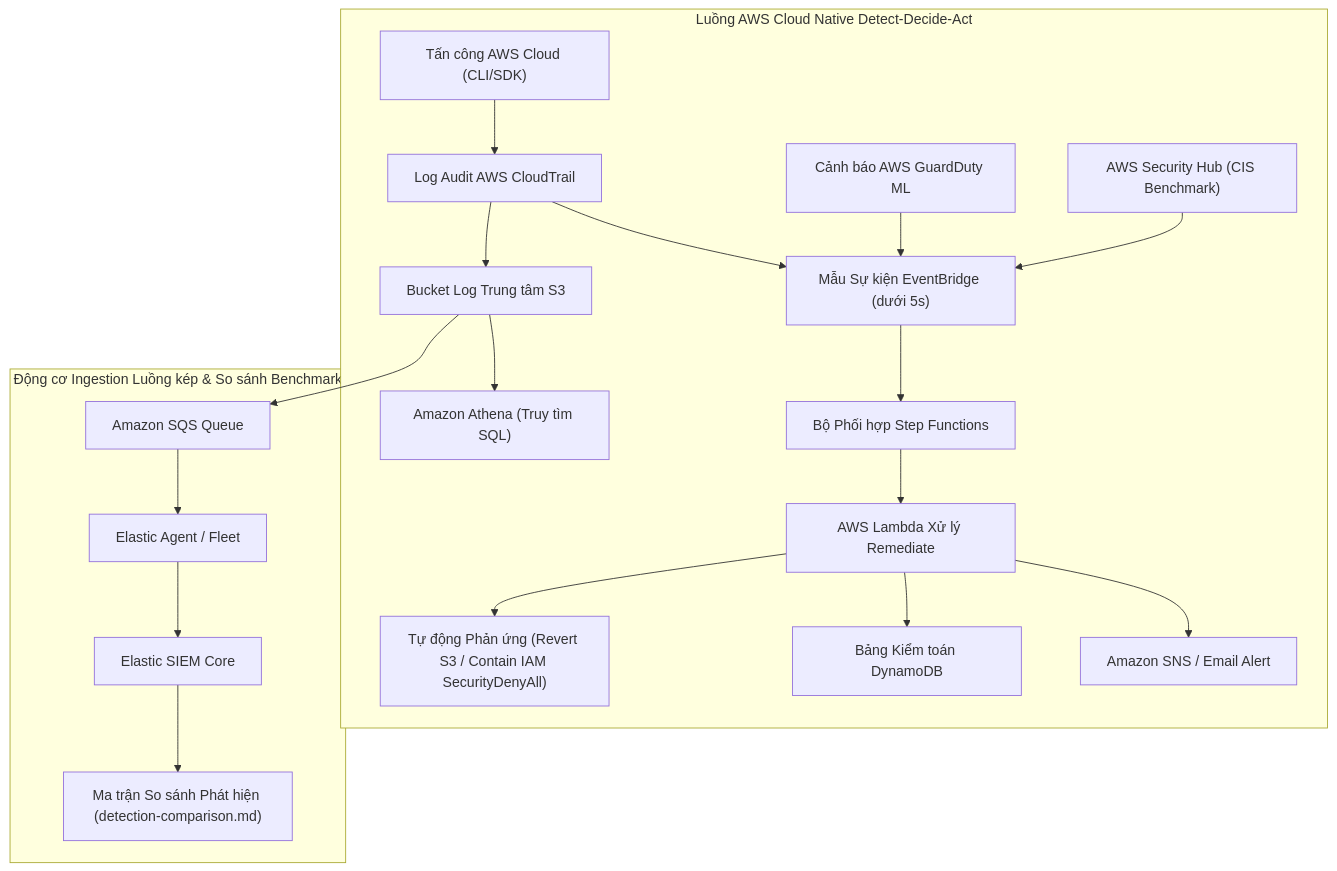
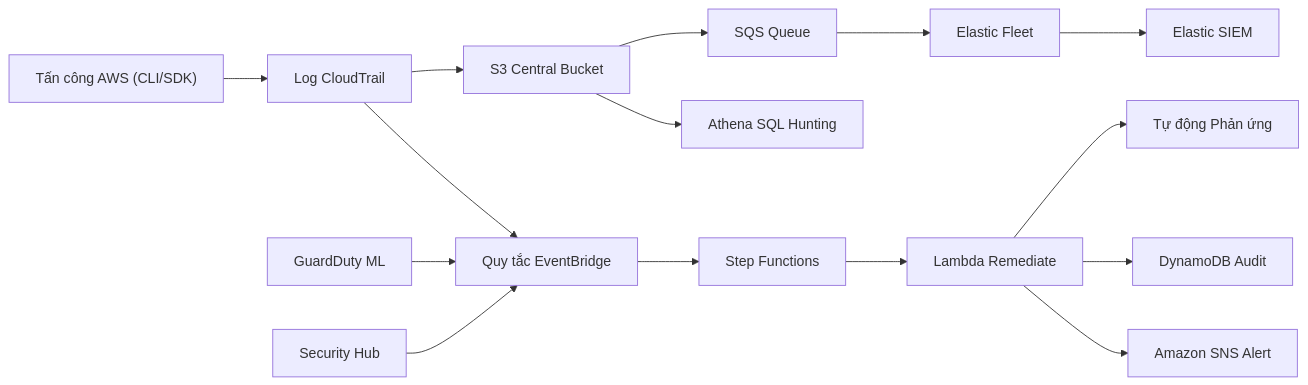
One commit to VAENeverD1e/fcaj-huy changed the diagram in content/5-Workshop/5.1-Workshop-overview/_index.vi.md. Above: the diagram before and after it, drawn with Mermaid. The commit also changed other lines of this file and 4 other files, not shown here.

Commit message:
mermaid graph

```diff
--- a/content/5-Workshop/5.1-Workshop-overview/_index.vi.md
+++ b/content/5-Workshop/5.1-Workshop-overview/_index.vi.md
@@ -34,20 +34,14 @@
 {{< mermaid >}}
-graph TD
-    subgraph Track1["Luồng AWS Cloud Native Detect-Decide-Act"]
-        A2["Tấn công AWS Cloud (CLI/SDK)"] --> C1["Log Audit AWS CloudTrail"]
-        C1 --> C3["Mẫu Sự kiện EventBridge (dưới 5s)"]
-        GD["Cảnh báo AWS GuardDuty ML"] --> C3
-        SH["AWS Security Hub (CIS Benchmark)"] --> C3
-        C3 --> SF["Bộ Phối hợp Step Functions"]
-        SF --> L1["AWS Lambda Xử lý Remediate"]
-        L1 --> SNS["Amazon SNS / Email Alert"]
-        L1 --> DDB["Bảng Kiểm toán DynamoDB"]
-        L1 --> ACT["Tự động Phản ứng (Revert S3 / Contain IAM SecurityDenyAll)"]
-        C1 --> S3["Bucket Log Trung tâm S3"] --> ATH["Amazon Athena (Truy tìm SQL)"]
-    end
-
-    subgraph ComparisonTrack["Động cơ Ingestion Luồng kép & So sánh Benchmark"]
-        S3 --> SQS["Amazon SQS Queue"] --> EF["Elastic Agent / Fleet"] --> KIB["Elastic SIEM Core"]
-        KIB --> BENCH["Ma trận So sánh Phát hiện (detection-comparison.md)"]
-    end
+graph LR
+    A2["Tấn công AWS (CLI/SDK)"] --> C1["Log CloudTrail"]
+    C1 --> C3["Quy tắc EventBridge"]
+    GD["GuardDuty ML"] --> C3
+    SH["Security Hub"] --> C3
+    C3 --> SF["Step Functions"]
+    SF --> L1["Lambda Remediate"]
+    L1 --> SNS["Amazon SNS Alert"]
+    L1 --> DDB["DynamoDB Audit"]
+    L1 --> ACT["Tự động Phản ứng"]
+    C1 --> S3["S3 Central Bucket"] --> ATH["Athena SQL Hunting"]
+    S3 --> SQS["SQS Queue"] --> EF["Elastic Fleet"] --> KIB["Elastic SIEM"]
 {{< /mermaid >}}
```
